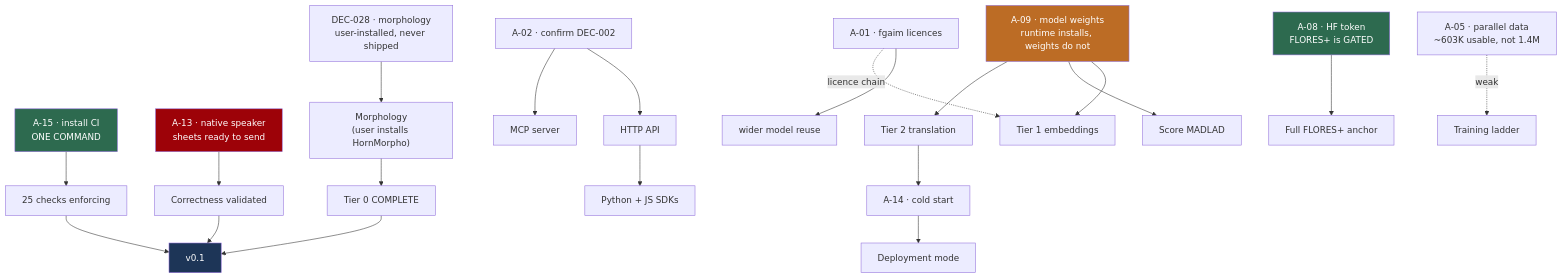
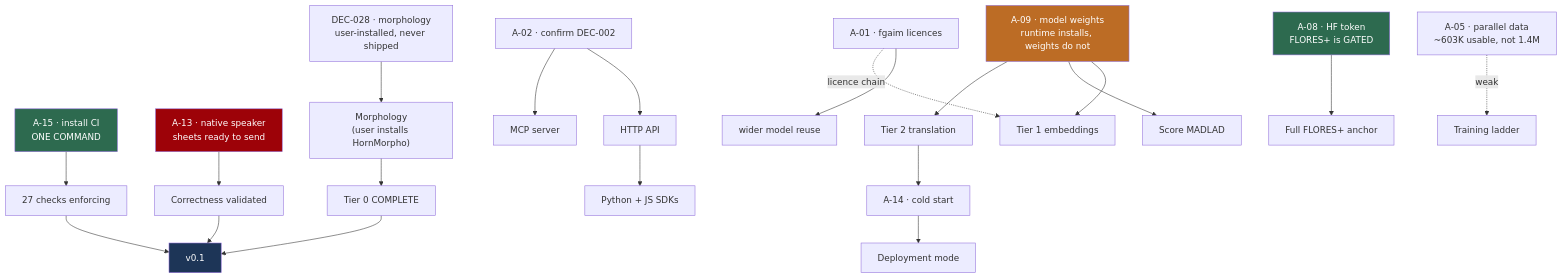
One commit to abugassim8/Tigrigna-Intelligence changed the diagram in docs/roadmap/READINESS_PLAN.md. Above: the diagram before and after it, drawn with Mermaid. The commit also changed other lines of this file and 10 other files, not shown here.

````diff
--- a/docs/roadmap/READINESS_PLAN.md
+++ b/docs/roadmap/READINESS_PLAN.md
@@ -103,28 +103,28 @@
 ```mermaid
 graph TD
-    A15["A-15 · install CI<br/>ONE COMMAND"] --> ENF["25 checks enforcing"]
+    A15["A-15 · install CI<br/>ONE COMMAND"] --> ENF["27 checks enforcing"]
     A13["A-13 · native speaker<br/>sheets ready to send"] --> CORRECT["Correctness validated"]
     A02["A-02 · confirm DEC-002"] --> API["HTTP API"]
     A02 --> MCP["MCP server"]
     API --> SDK["Python + JS SDKs"]
     A09["A-09 · model weights<br/>runtime installs, weights do not"] --> T1["Tier 1 embeddings"]
     A09 --> MADLAD["Score MADLAD"]
     A09 --> T2["Tier 2 translation"]
     A08["A-08 · HF token<br/>FLORES+ is GATED"] --> ANCHOR["Full FLORES+ anchor"]
     A01["A-01 · fgaim licences"] --> REUSE["wider model reuse"]
     A01 -.->|licence chain| T1
     A07["DEC-028 · morphology<br/>user-installed, never shipped"] --> MORPH["Morphology<br/>(user installs HornMorpho)"]
     A05["A-05 · parallel data<br/>~603K usable, not 1.4M"] -.->|weak| TRAIN["Training ladder"]
     T2 --> A14["A-14 · cold start"]
     A14 --> DEPLOY["Deployment mode"]
     MORPH --> MVP["Tier 0 COMPLETE"]
     CORRECT --> V01["v0.1"]
     MVP --> V01
     ENF --> V01
 
     style A15 fill:#2d6a4f,color:#fff
     style A13 fill:#9d0208,color:#fff
     style A09 fill:#bc6c25,color:#fff
     style A08 fill:#2d6a4f,color:#fff
     style V01 fill:#1d3557,color:#fff
 ```
````
